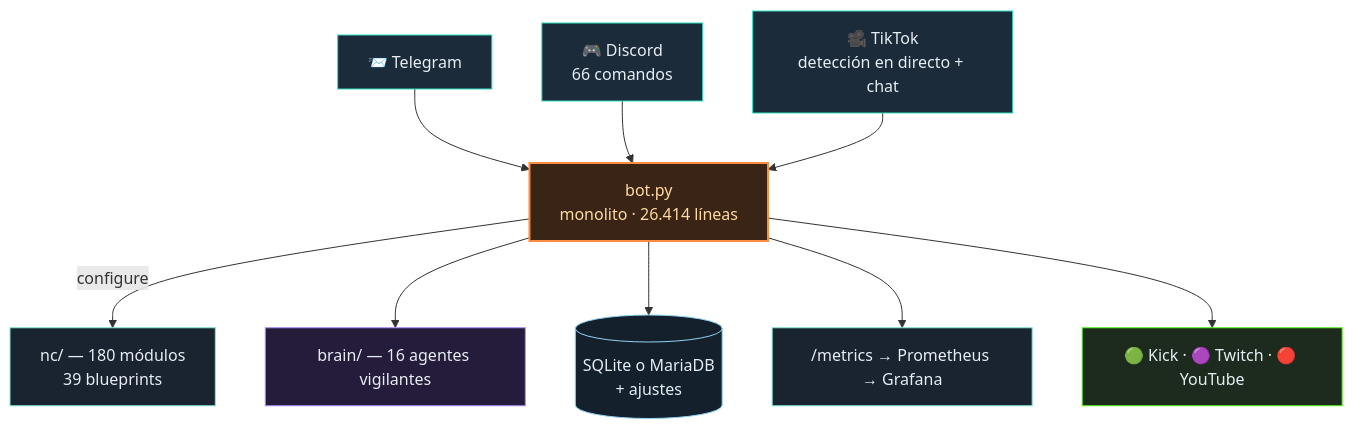
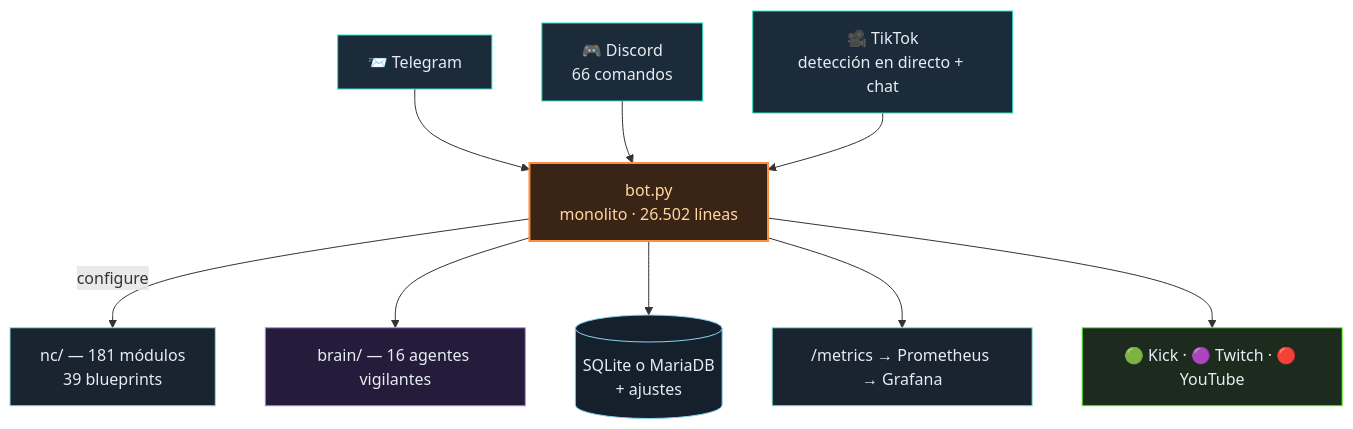
The diagram in README.es.md (itsamemedev/Telegram-Stream-Info-Bot), drawn with Mermaid before and after one commit. The commit also changed other lines of this file and 16 other files, not shown here.

````diff
--- a/README.es.md
+++ b/README.es.md
@@ -64,18 +64,18 @@
 ```mermaid
 flowchart TB
     TG["📨 Telegram"]:::ein --> BOT
     DC["🎮 Discord<br/>66 comandos"]:::ein --> BOT
     TT["🎥 TikTok<br/>detección en directo + chat"]:::ein --> BOT
-    BOT["bot.py<br/>monolito · 26.414 líneas"]:::core
-    BOT -->|configure| NC["nc/ — 180 módulos<br/>39 blueprints"]:::lib
+    BOT["bot.py<br/>monolito · 26.502 líneas"]:::core
+    BOT -->|configure| NC["nc/ — 181 módulos<br/>39 blueprints"]:::lib
     BOT --> BRAIN["brain/ — 16 agentes vigilantes"]:::brain
     BOT --> DB[("SQLite o MariaDB<br/>+ ajustes")]:::db
     BOT --> PROM["/metrics → Prometheus → Grafana"]:::lib
     BOT --> OUT["🟢 Kick · 🟣 Twitch · 🔴 YouTube"]:::out
     classDef ein fill:#1c2b3a,stroke:#2de1c2,color:#e6edf3
     classDef core fill:#3a2415,stroke:#ff8c42,stroke-width:2px,color:#ffd9a0
     classDef lib fill:#1a2430,stroke:#7fe7d4,color:#e6edf3
     classDef brain fill:#241c3a,stroke:#a78bfa,color:#e6edf3
     classDef db fill:#14202c,stroke:#8fd3f4,color:#e6edf3
     classDef out fill:#1c2b1e,stroke:#53fc18,color:#e6edf3
 ```
````
